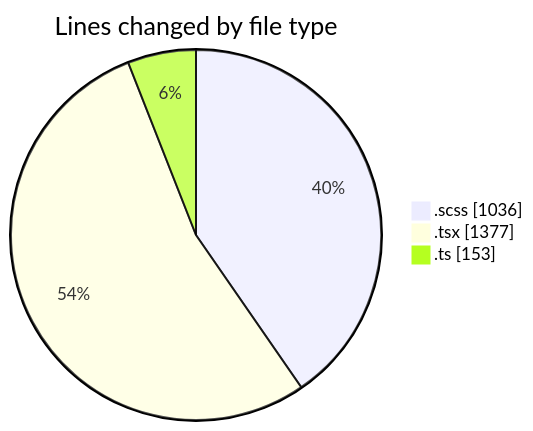
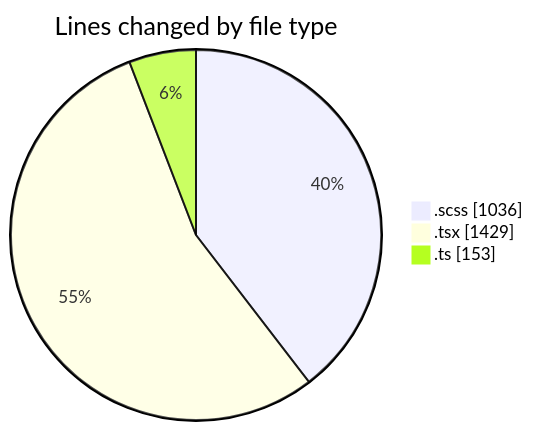
Before and after one commit to momahboobian/code-tracking: the first of 2 diagrams in 2025-03-28/cda/README.md, drawn with Mermaid. The commit also changed other lines of this file and 1 other file, not shown here.

````diff
--- a/2025-03-28/cda/README.md
+++ b/2025-03-28/cda/README.md
@@ -27,7 +27,7 @@
 ```mermaid
 pie showData
 title Lines changed by file type
 ".scss" : 1036
-".tsx" : 1377
+".tsx" : 1429
 ".ts" : 153
 ```
````
